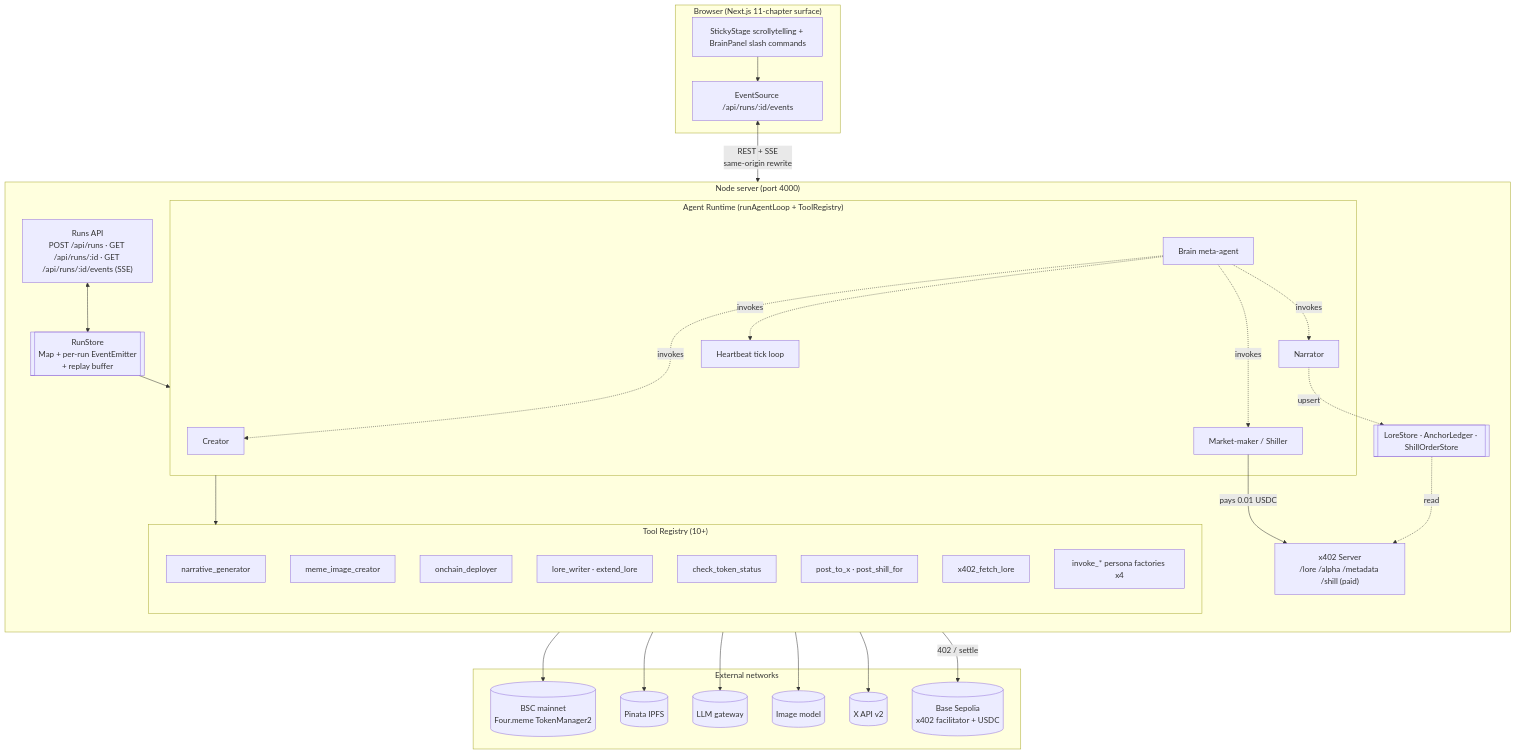
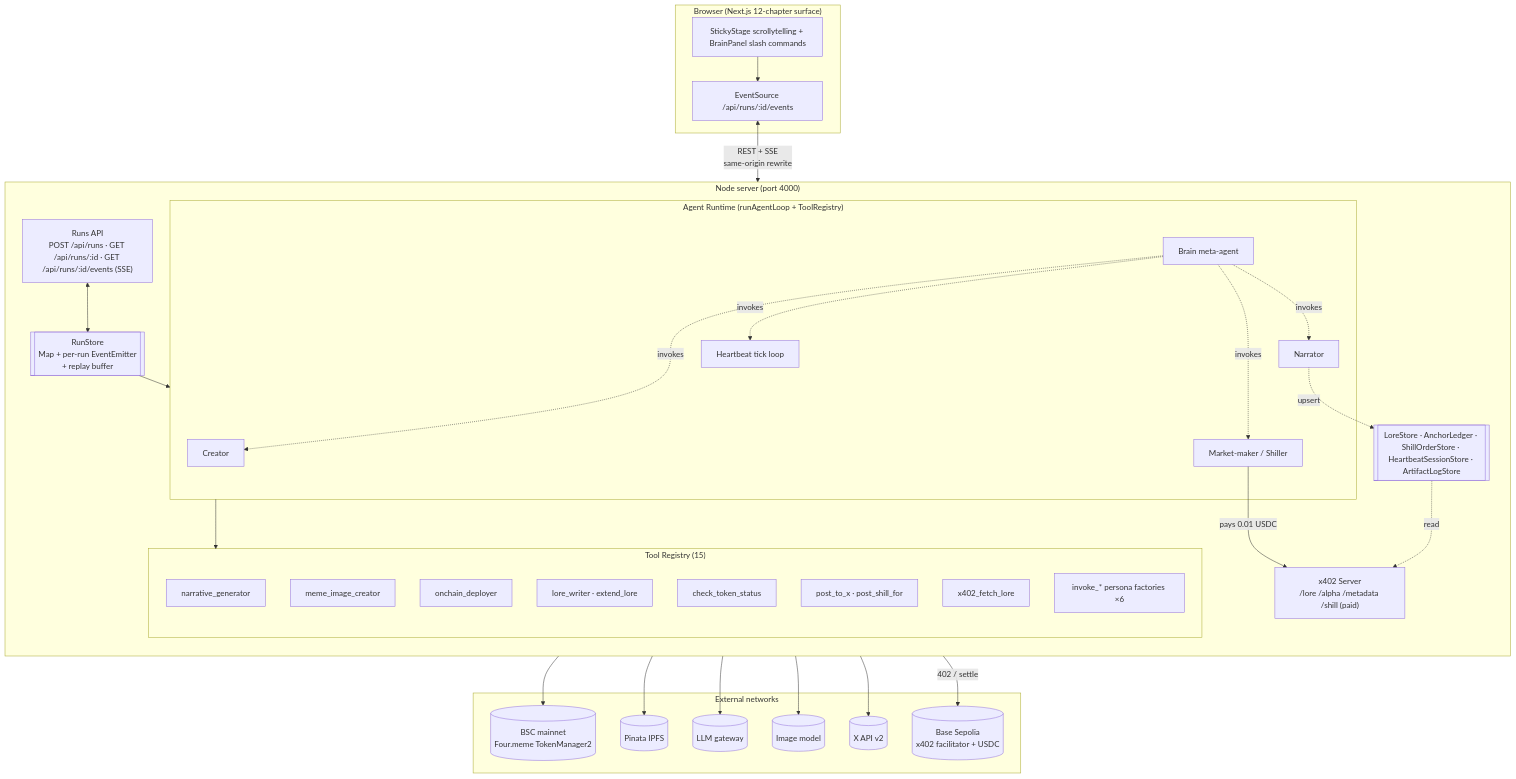
The diagram in README.md (mymaine/memind), drawn with Mermaid before and after one commit. The commit also changed other lines of this file and 3 other files, not shown here.

````diff
--- a/README.md
+++ b/README.md
@@ -71,60 +71,60 @@
 ```mermaid
 flowchart TB
-  subgraph Browser["Browser (Next.js 11-chapter surface)"]
+  subgraph Browser["Browser (Next.js 12-chapter surface)"]
     UI[StickyStage scrollytelling + BrainPanel slash commands]
     SSE[EventSource /api/runs/:id/events]
     UI --> SSE
   end
 
   subgraph Server["Node server (port 4000)"]
     direction TB
     RunsAPI["Runs API<br/>POST /api/runs · GET /api/runs/:id · GET /api/runs/:id/events (SSE)"]
     RunStore[[RunStore<br/>Map + per-run EventEmitter<br/>+ replay buffer]]
     subgraph Runtime["Agent Runtime (runAgentLoop + ToolRegistry)"]
       Creator[Creator]
       Narrator[Narrator]
       Market[Market-maker / Shiller]
       Heart[Heartbeat tick loop]
       BrainMeta[Brain meta-agent]
     end
-    subgraph Tools["Tool Registry (10+)"]
+    subgraph Tools["Tool Registry (15)"]
       T1[narrative_generator]
       T2[meme_image_creator]
       T3[onchain_deployer]
       T4[lore_writer · extend_lore]
       T5[check_token_status]
       T6[post_to_x · post_shill_for]
       T7[x402_fetch_lore]
-      T8[invoke_* persona factories x4]
+      T8[invoke_* persona factories ×6]
     end
-    State[[LoreStore · AnchorLedger · ShillOrderStore]]
+    State[[LoreStore · AnchorLedger · ShillOrderStore · HeartbeatSessionStore · ArtifactLogStore]]
     X402Server["x402 Server<br/>/lore /alpha /metadata /shill (paid)"]
     RunsAPI <--> RunStore
     RunStore --> Runtime
     Runtime --> Tools
     BrainMeta -. invokes .-> Creator
     BrainMeta -. invokes .-> Narrator
     BrainMeta -. invokes .-> Market
     BrainMeta -. invokes .-> Heart
     Narrator -. upsert .-> State
     State -. read .-> X402Server
   end
 
   subgraph External["External networks"]
     BSC[(BSC mainnet<br/>Four.meme TokenManager2)]
     Pinata[(Pinata IPFS)]
     LLM[(LLM gateway)]
     ImageGen[(Image model)]
     XAPI[(X API v2)]
     BaseSep[(Base Sepolia<br/>x402 facilitator + USDC)]
   end
 
   SSE <-->|REST + SSE<br/>same-origin rewrite| RunsAPI
   T3 --> BSC
   T4 --> Pinata
   T2 --> ImageGen
   T6 --> XAPI
   Runtime --> LLM
   Market -- pays 0.01 USDC --> X402Server
   X402Server -- 402 / settle --> BaseSep
 ```
````
